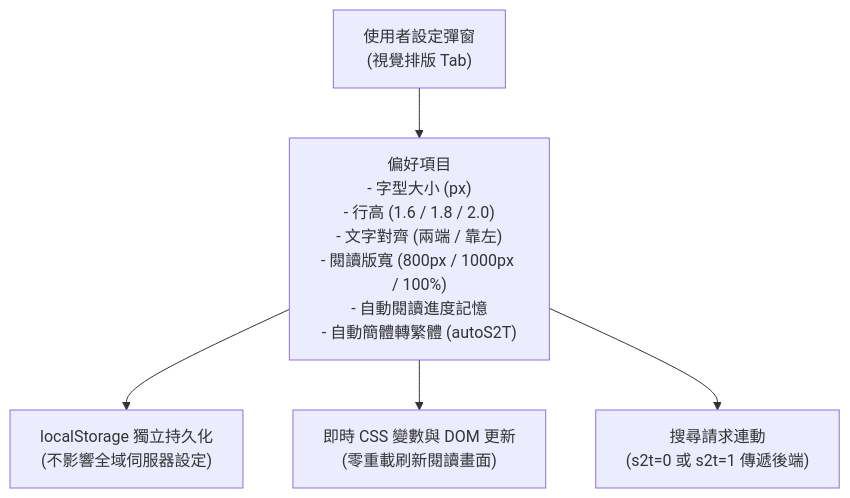
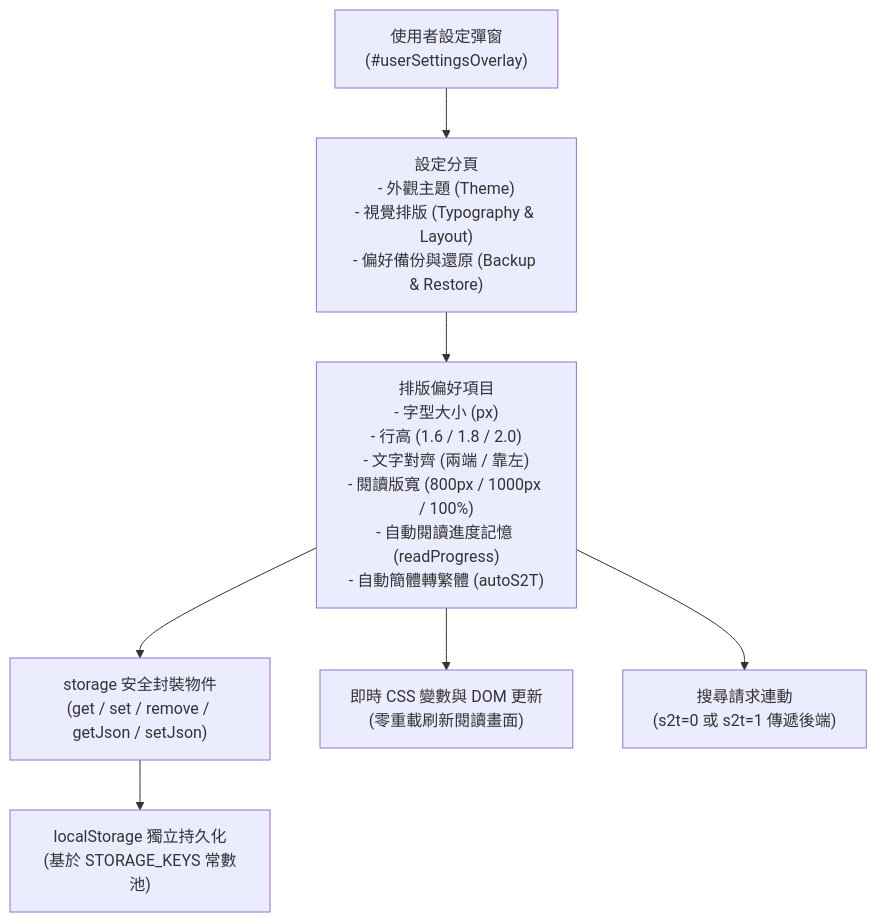
One commit to jmedzen/mdWebview changed the ninth of 11 diagrams in ARCHITECTURE.md. Above: the diagram before and after it, drawn with Mermaid. The commit also changed other lines of this file and 16 other files, not shown here.

````diff
--- a/ARCHITECTURE.md
+++ b/ARCHITECTURE.md
@@ -232,7 +271,9 @@
 ```mermaid
 flowchart TD
-    PrefUI["使用者設定彈窗\n(視覺排版 Tab)"] --> Settings["偏好項目\n- 字型大小 (px)\n- 行高 (1.6 / 1.8 / 2.0)\n- 文字對齊 (兩端 / 靠左)\n- 閱讀版寬 (800px / 1000px / 100%)\n- 自動閱讀進度記憶\n- 自動簡體轉繁體 (autoS2T)"]
-    Settings --> LocalStorage["localStorage 獨立持久化\n(不影響全域伺服器設定)"]
+    PrefUI["使用者設定彈窗\n(#userSettingsOverlay)"] --> Tabs["設定分頁\n- 外觀主題 (Theme)\n- 視覺排版 (Typography & Layout)\n- 偏好備份與還原 (Backup & Restore)"]
+    Tabs --> Settings["排版偏好項目\n- 字型大小 (px)\n- 行高 (1.6 / 1.8 / 2.0)\n- 文字對齊 (兩端 / 靠左)\n- 閱讀版寬 (800px / 1000px / 100%)\n- 自動閱讀進度記憶 (readProgress)\n- 自動簡體轉繁體 (autoS2T)"]
+    Settings --> StorageAPI["storage 安全封裝物件\n(get / set / remove / getJson / setJson)"]
+    StorageAPI --> LocalStorage["localStorage 獨立持久化\n(基於 STORAGE_KEYS 常數池)"]
     Settings --> LiveApply["即時 CSS 變數與 DOM 更新\n(零重載刷新閱讀畫面)"]
     Settings --> S2TSearch["搜尋請求連動\n(s2t=0 或 s2t=1 傳遞後端)"]
 ```
````
